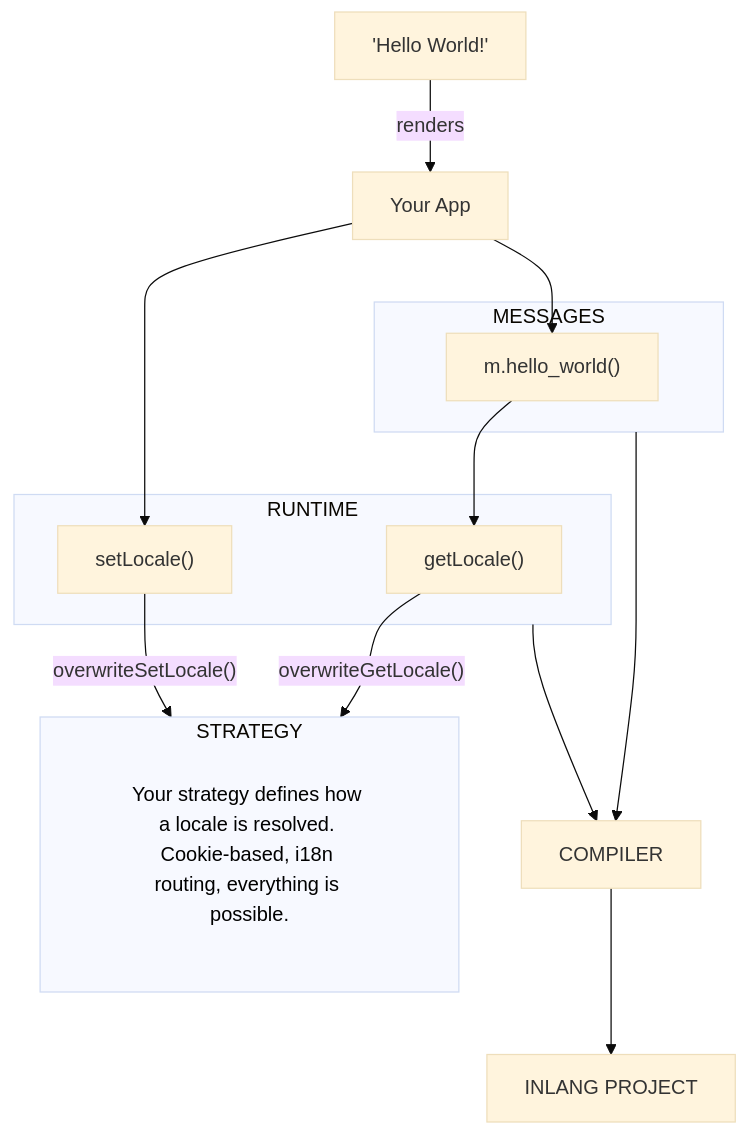
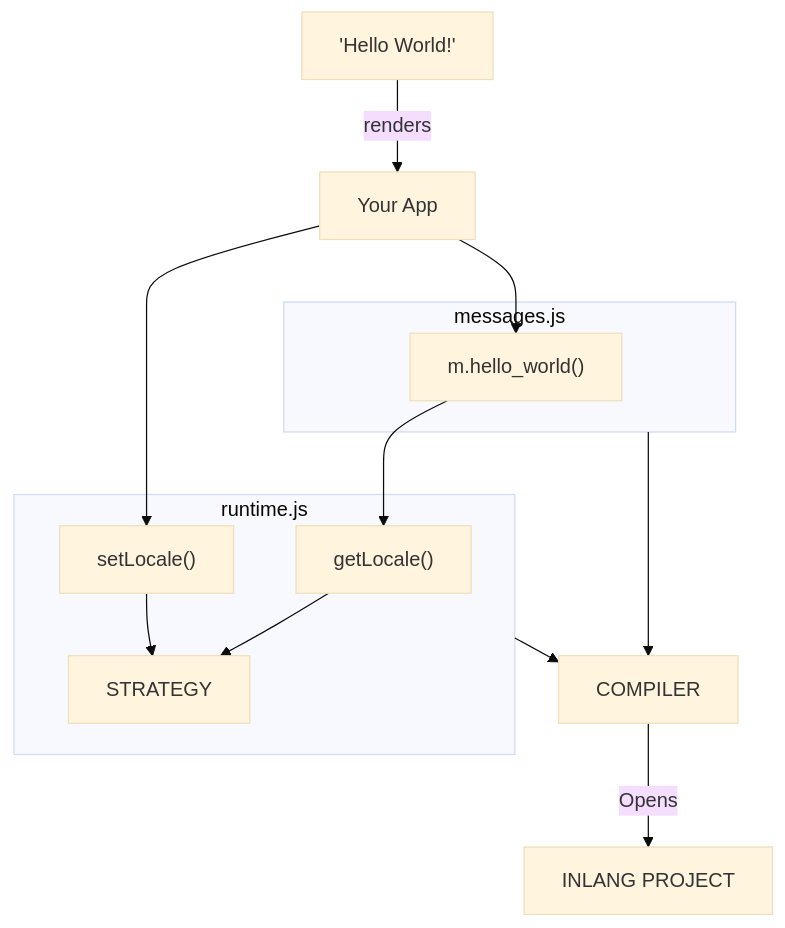
The diagram in inlang/packages/paraglide/paraglide-js/docs/architecture.md (opral/monorepo), drawn with Mermaid (base theme) before and after one commit. The commit also changed other lines of this file, not shown here.

Commit message:
simplify architecture diagram

````diff
--- a/inlang/packages/paraglide/paraglide-js/docs/architecture.md
+++ b/inlang/packages/paraglide/paraglide-js/docs/architecture.md
@@ -14,33 +14,29 @@
 ```mermaid
 flowchart TD
     INLANG_PROJECT[INLANG PROJECT]
 
     COMPILER[COMPILER]
 
-    subgraph RUNTIME
+    subgraph RUNTIME[runtime.js]
         GET_LOCALE["getLocale()"]
         SET_LOCALE["setLocale()"]
+        STRATEGY
     end
 
-    subgraph MESSAGES
+    subgraph MESSAGES[messages.js]
         M["m.hello_world()"]
     end
 
-
-    subgraph STRATEGY
-        X["Your strategy defines how a locale is resolved. Cookie-based, i18n routing, everything is possible."]
-    end
-
-    COMPILER --> INLANG_PROJECT
+    COMPILER -->|Opens| INLANG_PROJECT
     M --> GET_LOCALE
     MESSAGES --> COMPILER
     RUNTIME --> COMPILER
     APP[Your App] --> M
     MESSAGE["'Hello World!'"] -->|renders| APP[Your App]
     APP --> SET_LOCALE
-    GET_LOCALE -->|"overwriteGetLocale()"| STRATEGY
-    SET_LOCALE -->|"overwriteSetLocale()"| STRATEGY
+    GET_LOCALE --> STRATEGY
+    SET_LOCALE --> STRATEGY
 
     classDef plainText stroke-width:0,fill-opacity:0,color:black;
     class X plainText
 ```
````
